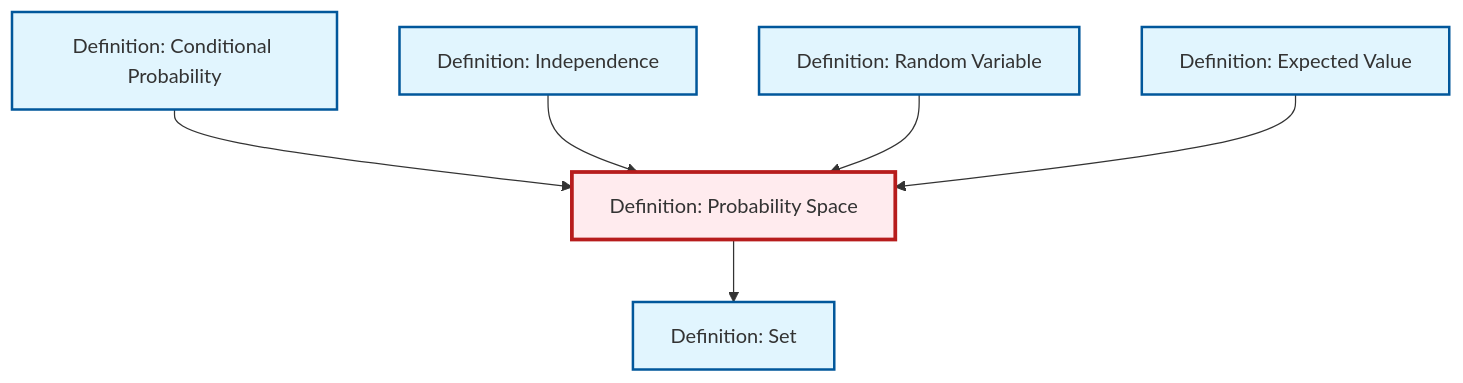
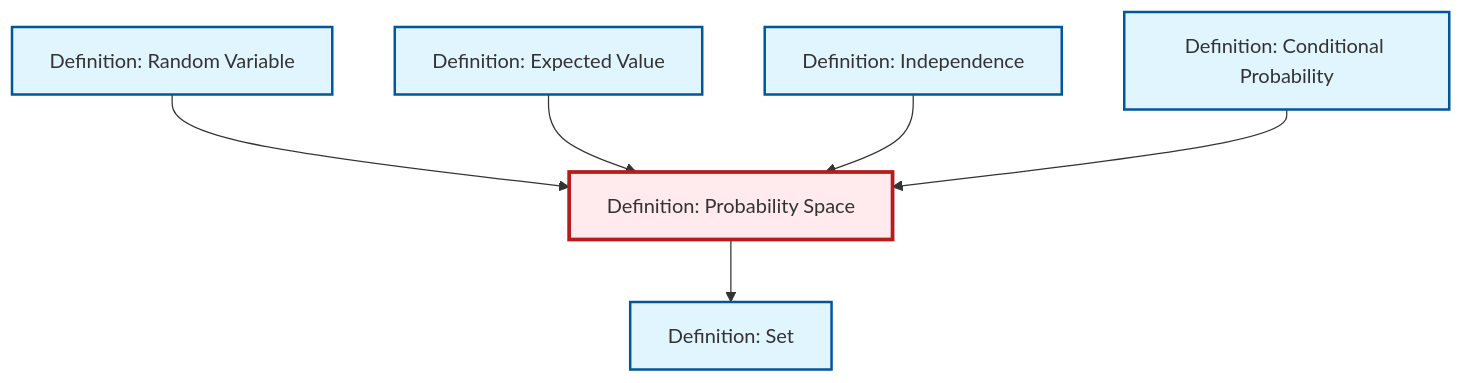
Before and after one commit to RK0429/ModernMath: the diagram in content/en/probability-statistics/def-probability-space.qmd, drawn with Mermaid. The commit also changed other lines of this file and 554 other files, not shown here.

````diff
--- a/content/en/probability-statistics/def-probability-space.qmd
+++ b/content/en/probability-statistics/def-probability-space.qmd
@@ -46,26 +46,26 @@
 ```{mermaid}
 %%| fig-cap: "Local dependency graph"
 graph TD
     classDef definition fill:#e1f5fe,stroke:#01579b,stroke-width:2px
     classDef theorem fill:#f3e5f5,stroke:#4a148c,stroke-width:2px
     classDef axiom fill:#fff3e0,stroke:#e65100,stroke-width:2px
     classDef example fill:#e8f5e9,stroke:#1b5e20,stroke-width:2px
     classDef current fill:#ffebee,stroke:#b71c1c,stroke-width:3px
-    def-set["Definition: Set"]:::definition
-    def-expectation["Definition: Expected Value"]:::definition
     def-random-variable["Definition: Random Variable"]:::definition
     def-probability-space["Definition: Probability Space"]:::definition
     def-conditional-probability["Definition: Conditional Probability"]:::definition
+    def-set["Definition: Set"]:::definition
     def-independence["Definition: Independence"]:::definition
-    def-conditional-probability --> def-probability-space
+    def-expectation["Definition: Expected Value"]:::definition
     def-probability-space --> def-set
-    def-independence --> def-probability-space
     def-random-variable --> def-probability-space
     def-expectation --> def-probability-space
+    def-independence --> def-probability-space
+    def-conditional-probability --> def-probability-space
     class def-probability-space current
-    click def-set "def-set.html" "Go to Set definition"
-    click def-expectation "def-expectation.html" "Go to Expected Value definition"
     click def-random-variable "def-random-variable.html" "Go to Random Variable definition"
     click def-conditional-probability "def-conditional-probability.html" "Go to Conditional Probability definition"
+    click def-set "def-set.html" "Go to Set definition"
     click def-independence "def-independence.html" "Go to Independence definition"
+    click def-expectation "def-expectation.html" "Go to Expected Value definition"
 ```
````
